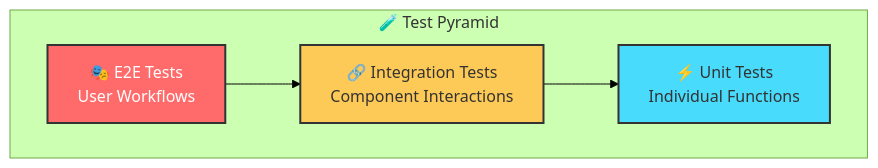
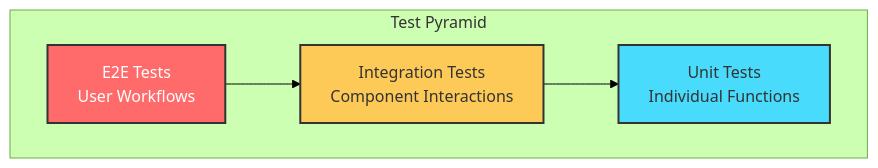
One commit to CHA0S-CORP/SkySpyDocs changed the first of 3 diagrams in docs/operations/testing.md. Above: the diagram before and after it, drawn with Mermaid (forest theme). The commit also changed other lines of this file, not shown here.

Commit message:
Update doc `testing`

````diff
--- a/docs/operations/testing.md
+++ b/docs/operations/testing.md
@@ -18,15 +18,15 @@
 ```mermaid
 flowchart TB
-    subgraph Testing["🧪 Test Pyramid"]
-        E2E["🎭 E2E Tests<br/>User Workflows"]
-        INT["🔗 Integration Tests<br/>Component Interactions"]
-        UNIT["⚡ Unit Tests<br/>Individual Functions"]
+    subgraph Testing["Test Pyramid"]
+        E2E["E2E Tests<br/>User Workflows"]
+        INT["Integration Tests<br/>Component Interactions"]
+        UNIT["Unit Tests<br/>Individual Functions"]
     end
 
     E2E --> INT
     INT --> UNIT
 
     style E2E fill:#ff6b6b,stroke:#333,stroke-width:2px,color:#fff
     style INT fill:#feca57,stroke:#333,stroke-width:2px,color:#333
     style UNIT fill:#48dbfb,stroke:#333,stroke-width:2px,color:#333
 ```
````
